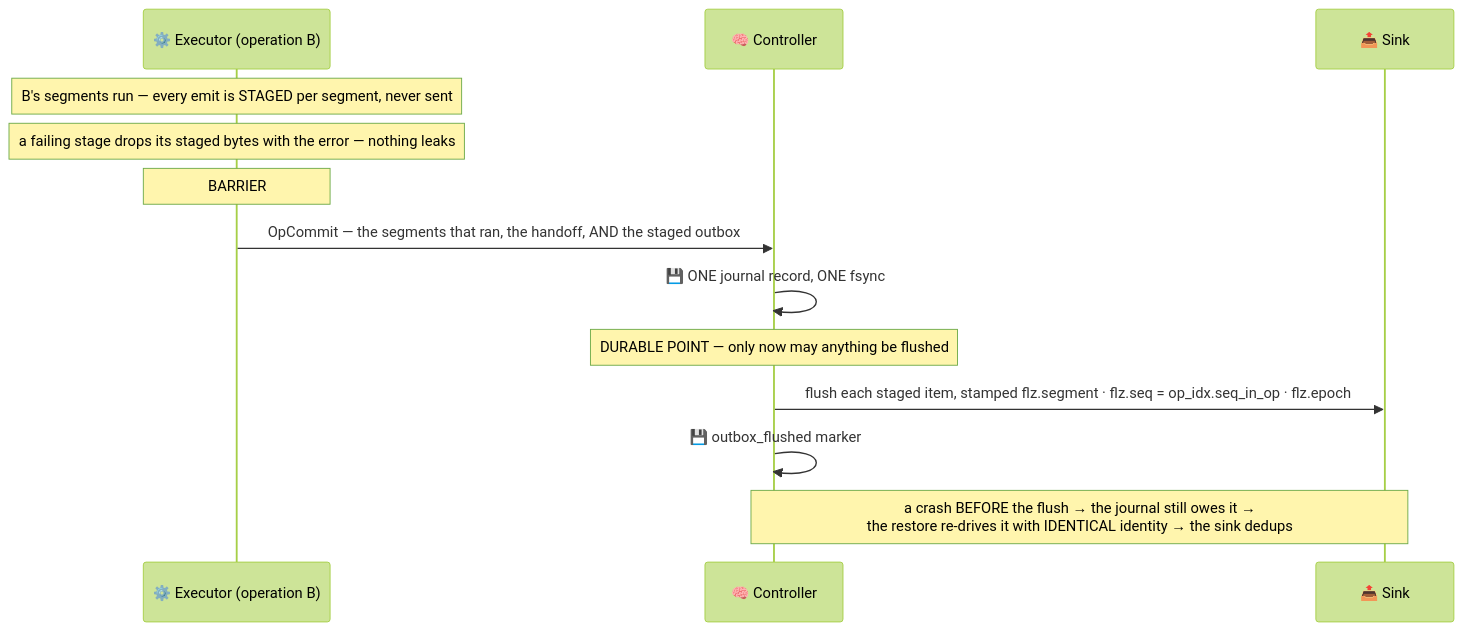
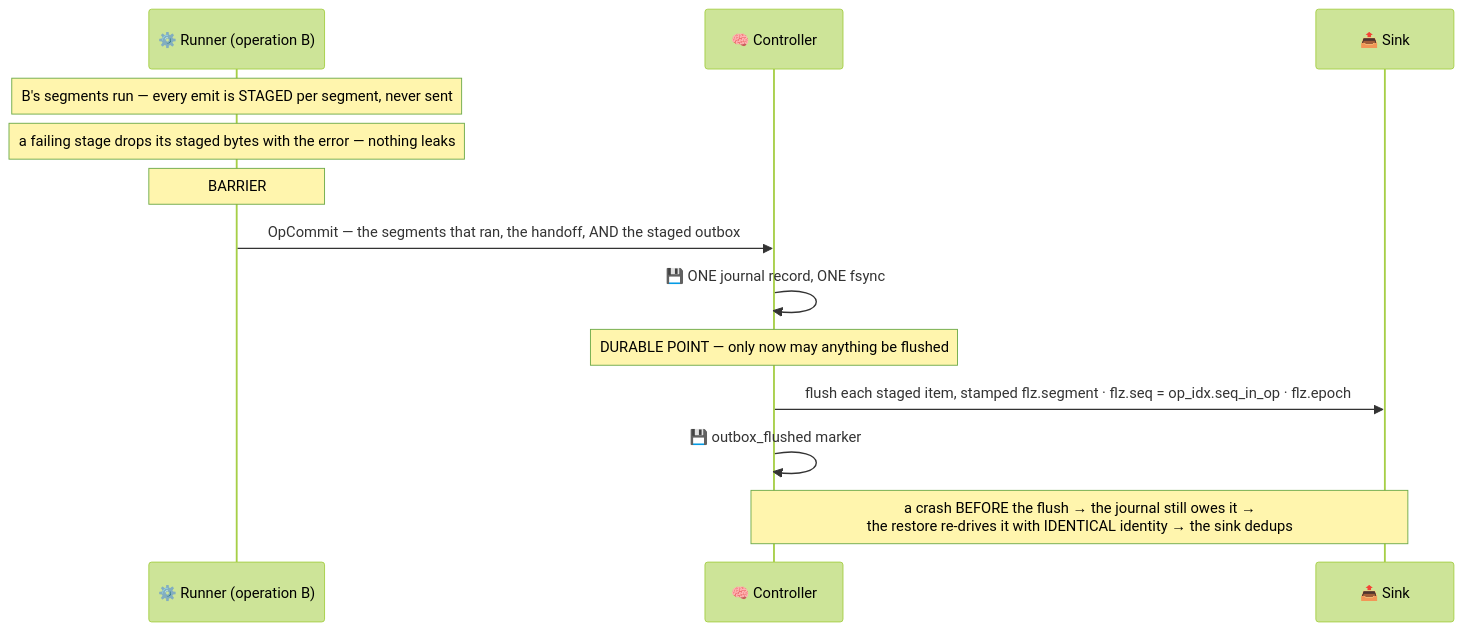
The third of 8 diagrams in docs/architecture/bounded_profile.md (Flezha/flezha), drawn with Mermaid (forest theme) before and after one commit. The commit also changed other lines of this file and 535 other files, not shown here.

````diff
--- a/docs/architecture/bounded_profile.md
+++ b/docs/architecture/bounded_profile.md
@@ -150,16 +150,16 @@
 ```mermaid
 sequenceDiagram
-    participant EX as ⚙️ Executor (operation B)
+    participant EX as ⚙️ Runner (operation B)
     participant CTRL as 🧠 Controller
     participant SINK as 📤 Sink
 
     Note over EX: B's segments run — every emit is STAGED per segment, never sent
     Note over EX: a failing stage drops its staged bytes with the error — nothing leaks
     Note over EX: BARRIER
     EX->>CTRL: OpCommit — the segments that ran, the handoff, AND the staged outbox
     CTRL->>CTRL: 💾 ONE journal record, ONE fsync
     Note over CTRL: DURABLE POINT — only now may anything be flushed
     CTRL->>SINK: flush each staged item, stamped flz.segment · flz.seq = op_idx.seq_in_op · flz.epoch
     CTRL->>CTRL: 💾 outbox_flushed marker
     Note over CTRL,SINK: a crash BEFORE the flush → the journal still owes it →<br/>the restore re-drives it with IDENTICAL identity → the sink dedups
 ```
````
